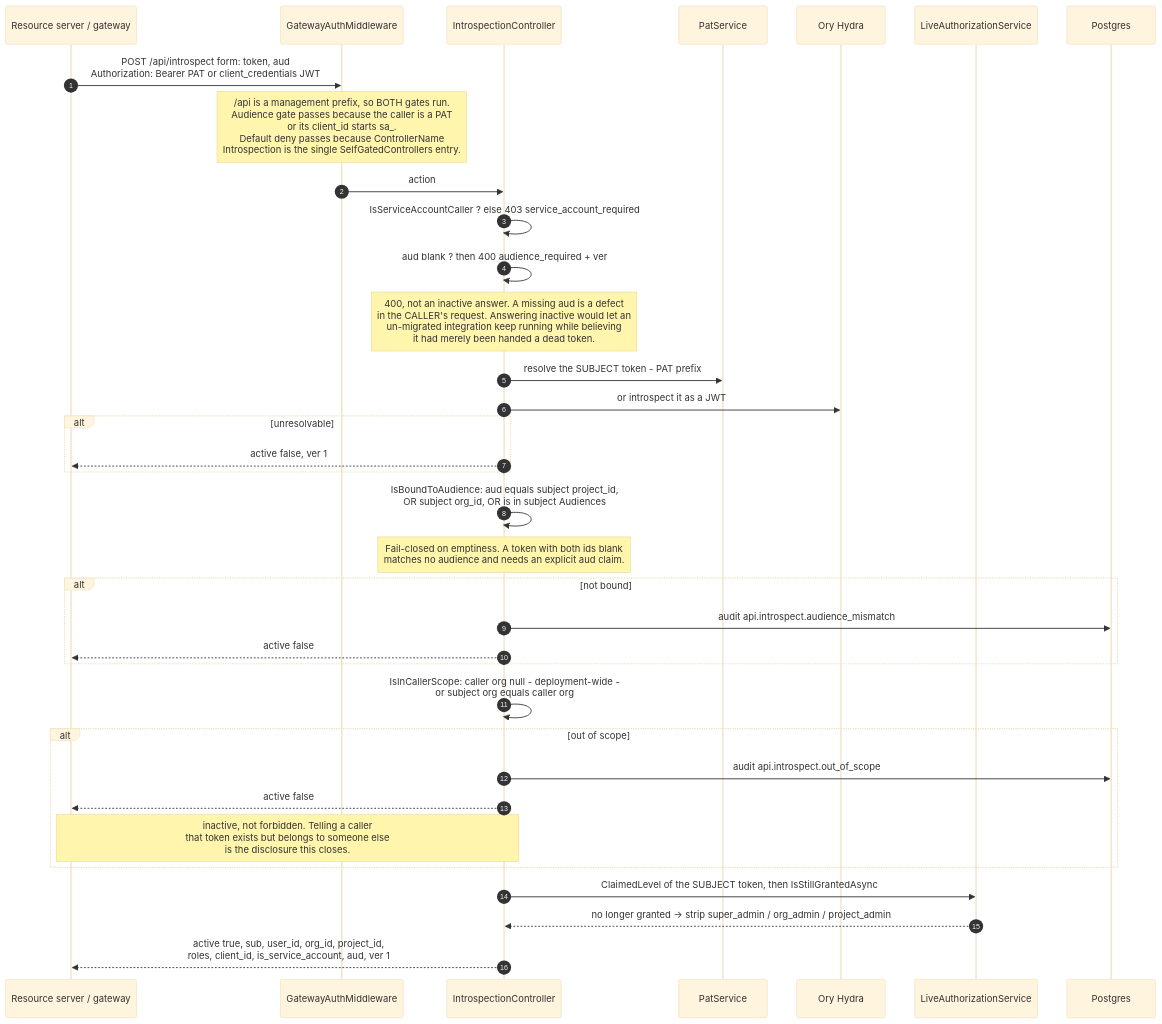
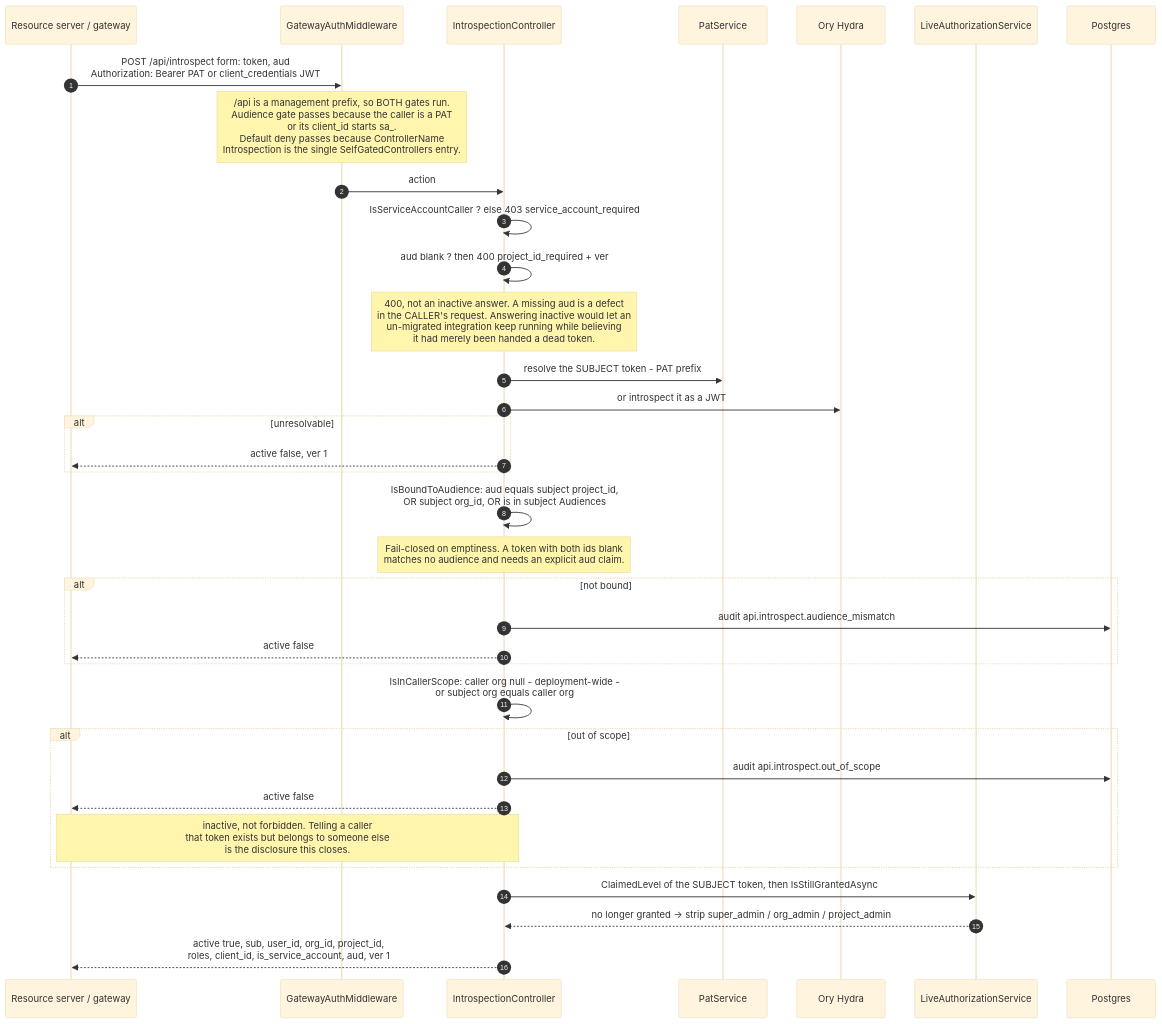
Before and after one commit to GuillaumeCariou/RediensIAM: diagram 14 of 27 in docs/DIAGRAMS.md, drawn with Mermaid (base theme). The commit also changed other lines of this file and 93 other files, not shown here.

````diff
--- a/docs/DIAGRAMS.md
+++ b/docs/DIAGRAMS.md
@@ -574,38 +559,38 @@
 ```mermaid
 sequenceDiagram
     autonumber
     participant RS as Resource server / gateway
     participant GW as GatewayAuthMiddleware
     participant IC as IntrospectionController
     participant P as PatService
     participant H as Ory Hydra
     participant L as LiveAuthorizationService
     participant DB as Postgres
 
     RS->>GW: POST /api/introspect  form: token, aud<br/>Authorization: Bearer PAT or client_credentials JWT
     Note over GW: /api is a management prefix, so BOTH gates run.<br/>Audience gate passes because the caller is a PAT<br/>or its client_id starts sa_.<br/>Default deny passes because ControllerName<br/>Introspection is the single SelfGatedControllers entry.
     GW->>IC: action
     IC->>IC: IsServiceAccountCaller ? else 403 service_account_required
-    IC->>IC: aud blank ? then 400 audience_required + ver
+    IC->>IC: aud blank ? then 400 project_id_required + ver
     Note over IC: 400, not an inactive answer. A missing aud is a defect<br/>in the CALLER's request. Answering inactive would let an<br/>un-migrated integration keep running while believing<br/>it had merely been handed a dead token.
     IC->>P: resolve the SUBJECT token - PAT prefix
     IC->>H: or introspect it as a JWT
     alt unresolvable
         IC-->>RS: active false, ver 1
     end
     IC->>IC: IsBoundToAudience: aud equals subject project_id,<br/>OR subject org_id, OR is in subject Audiences
     Note over IC: Fail-closed on emptiness. A token with both ids blank<br/>matches no audience and needs an explicit aud claim.
     alt not bound
         IC->>DB: audit api.introspect.audience_mismatch
         IC-->>RS: active false
     end
     IC->>IC: IsInCallerScope: caller org null - deployment-wide -<br/>or subject org equals caller org
     alt out of scope
         IC->>DB: audit api.introspect.out_of_scope
         IC-->>RS: active false
         Note over IC,RS: inactive, not forbidden. Telling a caller<br/>that token exists but belongs to someone else<br/>is the disclosure this closes.
     end
     IC->>L: ClaimedLevel of the SUBJECT token, then IsStillGrantedAsync
     L-->>IC: no longer granted -> strip super_admin / org_admin / project_admin
     IC-->>RS: active true, sub, user_id, org_id, project_id,<br/>roles, client_id, is_service_account, aud, ver 1
 ```
````
